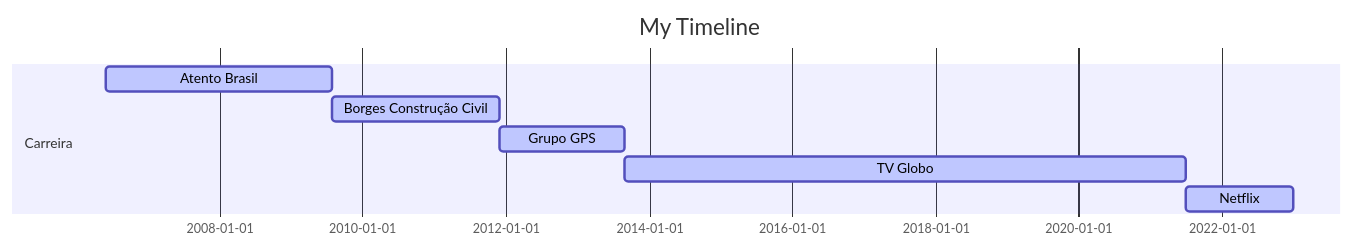
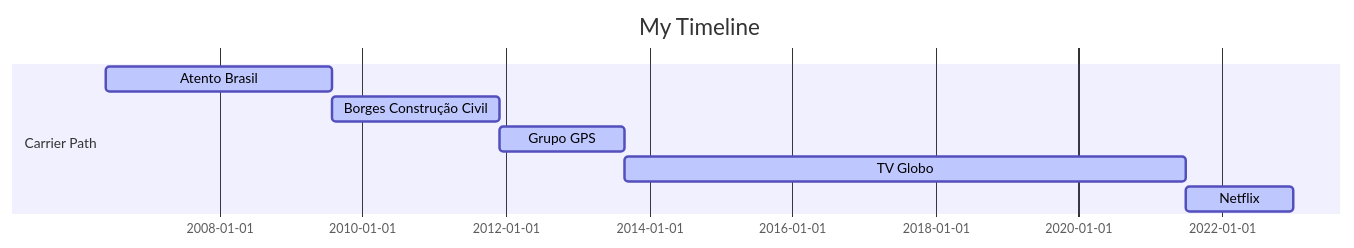
One commit to brborges/BrunoBorges changed the diagram in README.md. Above: the diagram before and after it, drawn with Mermaid. The commit also changed other lines of this file, not shown here.

````diff
--- a/README.md
+++ b/README.md
@@ -5,14 +4,14 @@
 ```mermaid
 
 gantt
 dateFormat  YYYY-MM-DD
 title My Timeline
 
-section Carreira
+section Carrier Path
 Atento Brasil                              :active,, 2006-06-01,2009-07-31
 Borges Construção Civil                    :active,, 2009-08-01,2011-11-30
 Grupo GPS                                  :active,, 2011-12-01,2013-08-31
 TV Globo                                   :active,, 2013-09-01,2021-06-30
 Netflix                                    :active,, 2021-07-01,2022-12-31
 
 ```
````
